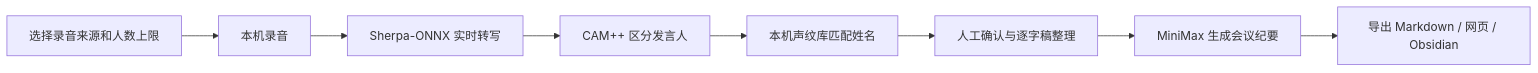
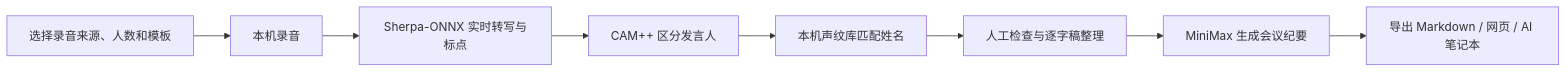
Before and after one commit to jizw0704-source/shiyin-ai-meeting-notes: the diagram in README.md, drawn with Mermaid. The commit also changed other lines of this file and 5 other files, not shown here.

````diff
--- a/README.md
+++ b/README.md
@@ -32,10 +39,10 @@
 ```mermaid
 flowchart LR
-    A["选择录音来源和人数上限"] --> B["本机录音"]
-    B --> C["Sherpa-ONNX 实时转写"]
+    A["选择录音来源、人数和模板"] --> B["本机录音"]
+    B --> C["Sherpa-ONNX 实时转写与标点"]
     C --> D["CAM++ 区分发言人"]
     D --> E["本机声纹库匹配姓名"]
-    E --> F["人工确认与逐字稿整理"]
+    E --> F["人工检查与逐字稿整理"]
     F --> G["MiniMax 生成会议纪要"]
-    G --> H["导出 Markdown / 网页 / Obsidian"]
+    G --> H["导出 Markdown / 网页 / AI 笔记本"]
 ```
````
